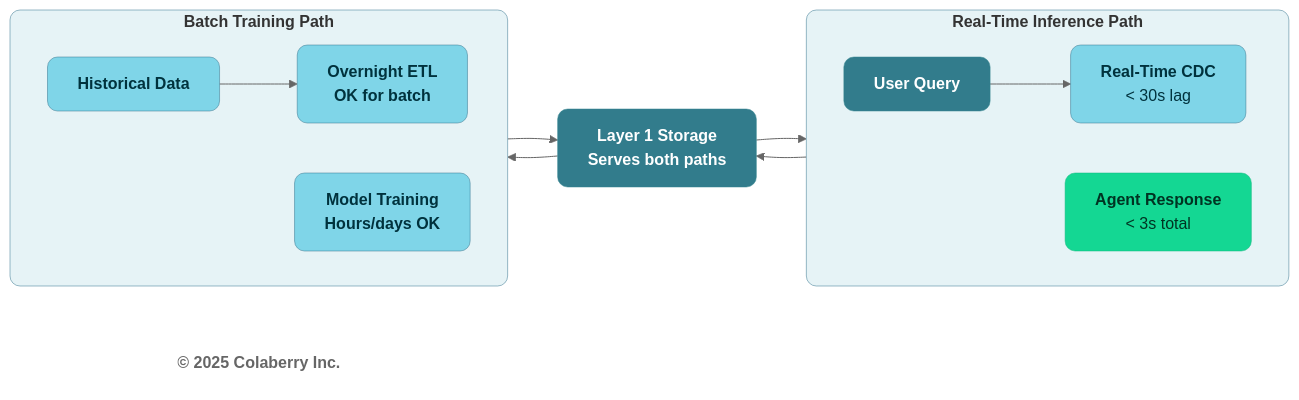
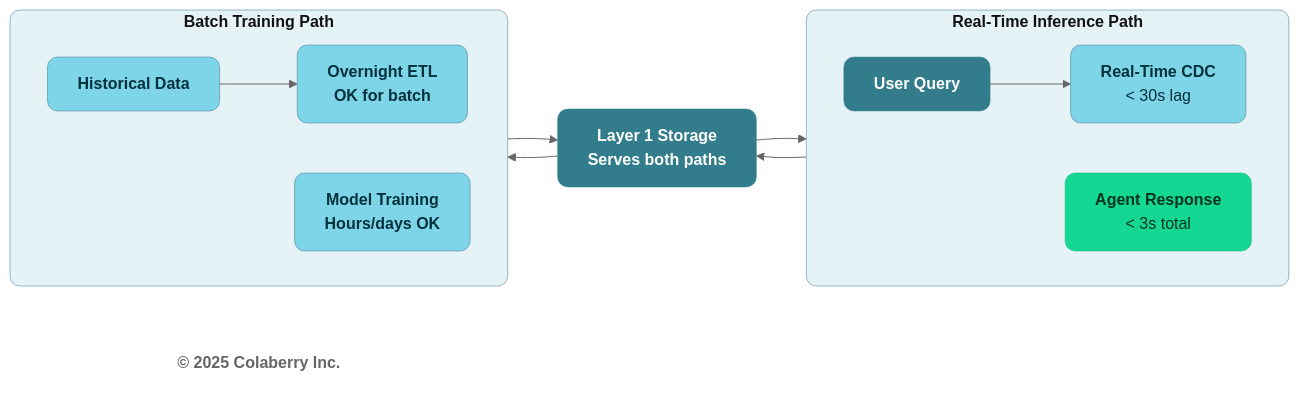
The eighth of 11 diagrams in manuscript/05_chapter_4_foundation_layers.md (saitejesh-cyber/trust-before-intelligence-book), drawn with Mermaid (neutral theme) before and after one commit. The commit also changed other lines of this file and 12 other files, not shown here.

````diff
--- a/manuscript/05_chapter_4_foundation_layers.md
+++ b/manuscript/05_chapter_4_foundation_layers.md
@@ -891,34 +891,34 @@
 ```mermaid
 graph LR
     subgraph RT["<b>Real-Time Inference Path</b>"]
         direction LR
         I1["<b>User Query</b>"]
         I2["<b>Real-Time CDC</b><br/>&lt; 30s lag"]
         I3["<b>Agent Response</b><br/>&lt; 3s total"]
     end
     
     subgraph BT["<b>Batch Training Path</b>"]
         direction LR
         T1["<b>Historical Data</b>"]
         T2["<b>Overnight ETL</b><br/><b>OK for batch</b>"]
         T3["<b>Model Training</b><br/><b>Hours/days OK</b>"]
     end
     
     STORAGE["<b>Layer 1 Storage</b><br/><b>Serves both paths</b>"]
     
     Copyright["<b>© 2025 Colaberry Inc.</b>"]
     
     I1 --> I2 --> STORAGE --> I3
     T1 --> T2 --> STORAGE --> T3
     
-    style RT fill:#E6F3F6,stroke:#32738C,stroke-width:0.5px,rx:10,ry:10
-    style BT fill:#E6F3F6,stroke:#32738C,stroke-width:0.5px,rx:10,ry:10
+    style RT fill:#E6F3F6,stroke:#32738C,stroke-width:0.5px,color:#121212,rx:10,ry:10
+    style BT fill:#E6F3F6,stroke:#32738C,stroke-width:0.5px,color:#121212,rx:10,ry:10
     style I1 fill:#327C8C,stroke:#30838C,stroke-width:0.5px,color:#ffffff,rx:10,ry:10
     style I2 fill:#7FD5E8,stroke:#32738C,stroke-width:0.5px,color:#00323D,rx:10,ry:10
     style I3 fill:#14D793,stroke:#0FB67D,stroke-width:0.5px,color:#003322,rx:10,ry:10
     style T1 fill:#7FD5E8,stroke:#32738C,stroke-width:0.5px,color:#00323D,rx:10,ry:10
     style T2 fill:#7FD5E8,stroke:#32738C,stroke-width:0.5px,color:#00323D,rx:10,ry:10
     style T3 fill:#7FD5E8,stroke:#32738C,stroke-width:0.5px,color:#00323D,rx:10,ry:10
     style STORAGE fill:#327C8C,stroke:#30838C,stroke-width:0.5px,color:#ffffff,rx:10,ry:10
     style Copyright fill:none,stroke:none,color:#666666
 ```
````
